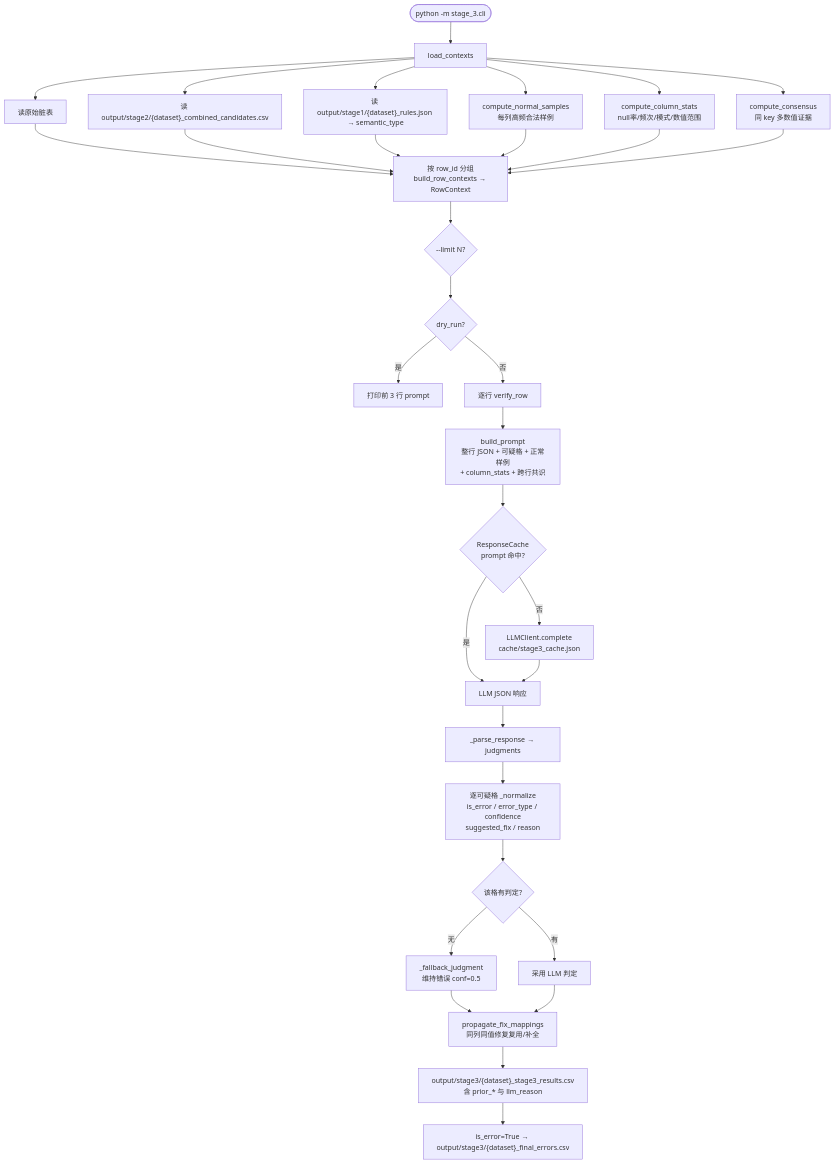
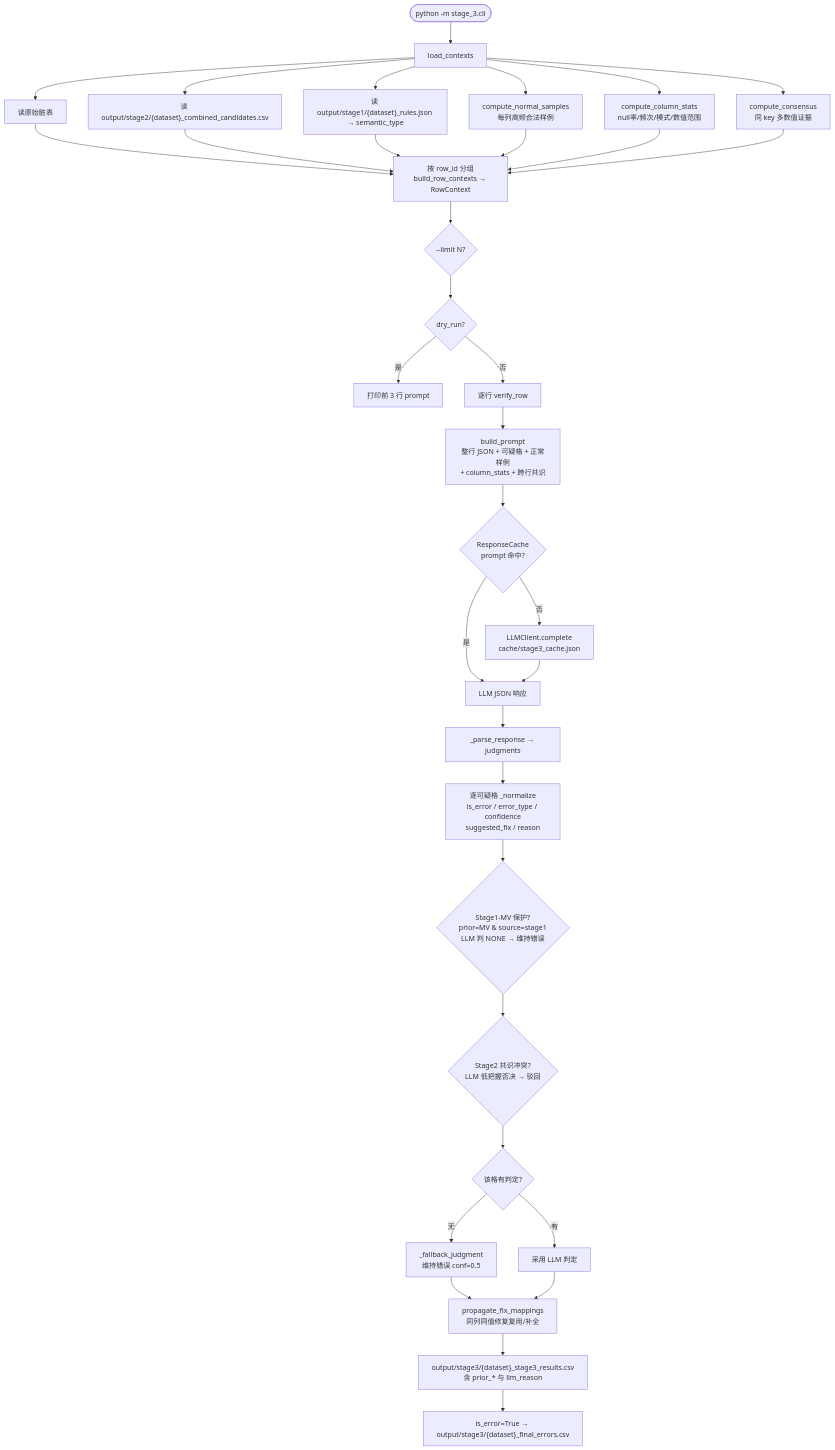
Before and after one commit to 1993371829/error_detect: the fifth of 8 diagrams in PIPELINE.md, drawn with Mermaid. The commit also changed other lines of this file and 9 other files, not shown here.

````diff
--- a/PIPELINE.md
+++ b/PIPELINE.md
@@ -391,33 +402,35 @@
 ```mermaid
 flowchart TD
     START3(["python -m stage_3.cli"]) --> LOAD["load_contexts"]
     LOAD --> L1["读原始脏表"]
     LOAD --> L2["读 output/stage2/{dataset}_combined_candidates.csv"]
     LOAD --> L3["读 output/stage1/{dataset}_rules.json → semantic_type"]
     LOAD --> L4["compute_normal_samples<br/>每列高频合法样例"]
     LOAD --> L5["compute_column_stats<br/>null率/频次/模式/数值范围"]
     LOAD --> L6["compute_consensus<br/>同 key 多数值证据"]
 
     L1 & L2 & L3 & L4 & L5 & L6 --> GROUP["按 row_id 分组<br/>build_row_contexts → RowContext"]
 
     GROUP --> LIMIT{--limit N?}
     LIMIT --> DRY3{dry_run?}
     DRY3 -->|是| PREVIEW["打印前 3 行 prompt"]
     DRY3 -->|否| ROW_LOOP["逐行 verify_row"]
 
     ROW_LOOP --> PROMPT["build_prompt<br/>整行 JSON + 可疑格 + 正常样例<br/>+ column_stats + 跨行共识"]
     PROMPT --> CACHE3{ResponseCache<br/>prompt 命中?}
     CACHE3 -->|是| RAW["LLM JSON 响应"]
     CACHE3 -->|否| LLM3["LLMClient.complete<br/>cache/stage3_cache.json"]
     LLM3 --> RAW
 
     RAW --> PARSE["_parse_response → judgments"]
     PARSE --> NORM["逐可疑格 _normalize<br/>is_error / error_type / confidence<br/>suggested_fix / reason"]
-    NORM --> FALLBACK{该格有判定?}
+    NORM --> MVPROT{Stage1-MV 保护?<br/>prior=MV & source=stage1<br/>LLM 判 NONE → 维持错误}
+    MVPROT --> CONSENSUS{Stage2 共识冲突?<br/>LLM 低把握否决 → 驳回}
+    CONSENSUS --> FALLBACK{该格有判定?}
     FALLBACK -->|无| FB["_fallback_judgment<br/>维持错误 conf=0.5"]
     FALLBACK -->|有| KEEP["采用 LLM 判定"]
 
     FB & KEEP --> PROP["propagate_fix_mappings<br/>同列同值修复复用/补全"]
     PROP --> RESULTS["output/stage3/{dataset}_stage3_results.csv<br/>含 prior_* 与 llm_reason"]
     RESULTS --> FINAL["is_error=True → output/stage3/{dataset}_final_errors.csv"]
 ```
````
